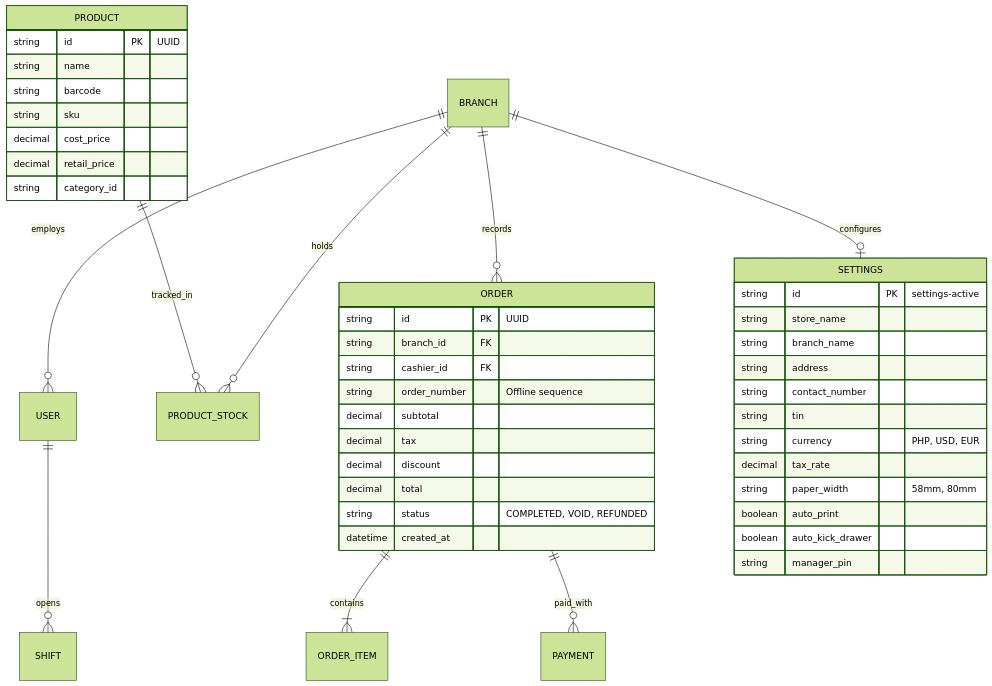
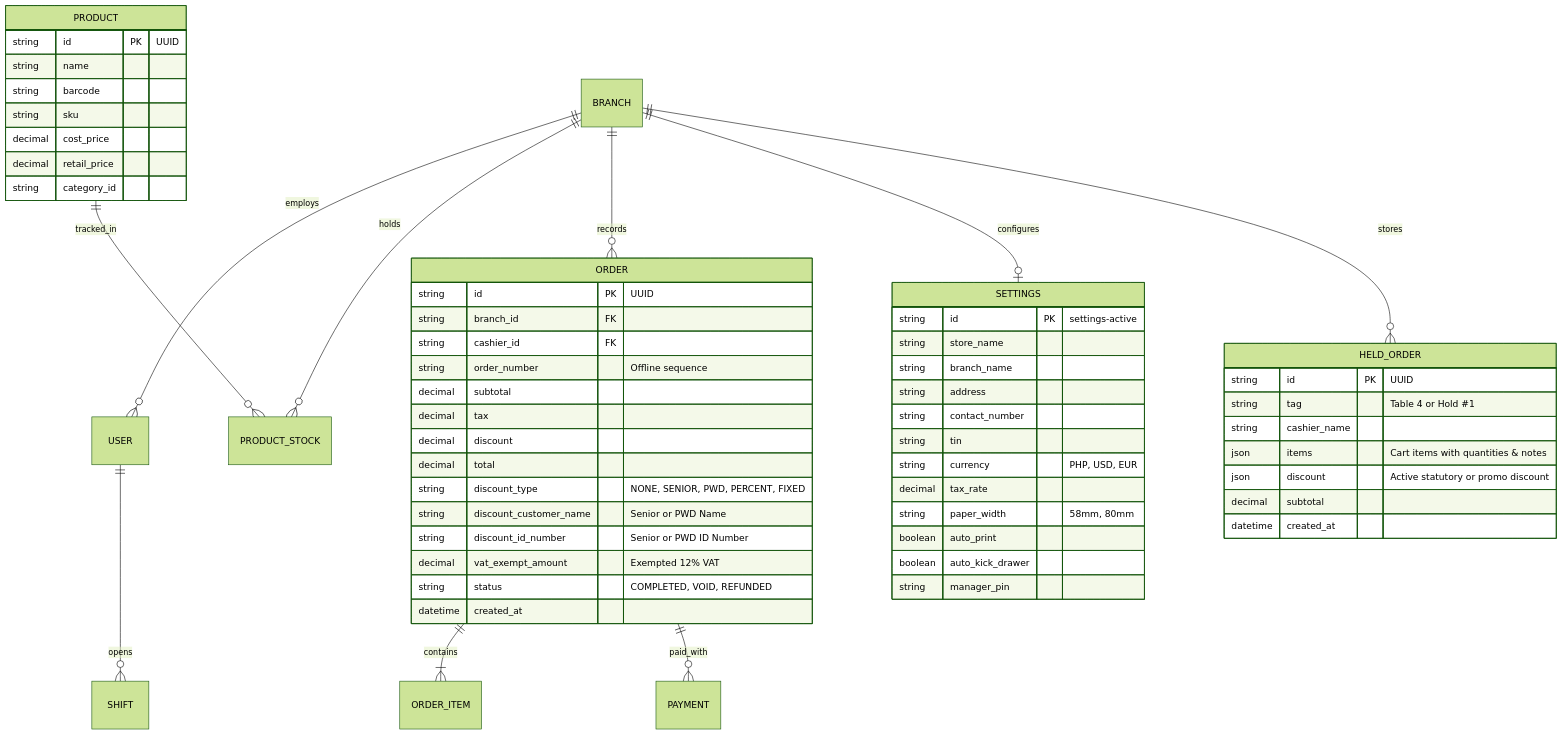
Before and after one commit to Sapinosojpm/POS: the second of 2 diagrams in docs/ARCHITECTURE.md, drawn with Mermaid (forest theme). The commit also changed 15 other files, not shown here.

Commit message:
feat: implement Senior/PWD statutory discounts, BIR thermal receipt printing, and Hold Order parked carts engine

````diff
--- a/docs/ARCHITECTURE.md
+++ b/docs/ARCHITECTURE.md
@@ -103,49 +103,64 @@
 ```mermaid
 erDiagram
     BRANCH ||--o{ USER : employs
     BRANCH ||--o{ PRODUCT_STOCK : holds
     BRANCH ||--o{ ORDER : records
     PRODUCT ||--o{ PRODUCT_STOCK : tracked_in
     ORDER ||--|{ ORDER_ITEM : contains
     ORDER ||--o{ PAYMENT : paid_with
     USER ||--o{ SHIFT : opens
     BRANCH ||--o| SETTINGS : configures
+    BRANCH ||--o{ HELD_ORDER : stores
+
+    HELD_ORDER {
+        string id PK "UUID"
+        string tag "Table 4 or Hold #1"
+        string cashier_name
+        json items "Cart items with quantities & notes"
+        json discount "Active statutory or promo discount"
+        decimal subtotal
+        datetime created_at
+    }
 
     SETTINGS {
         string id PK "settings-active"
         string store_name
         string branch_name
         string address
         string contact_number
         string tin
         string currency "PHP, USD, EUR"
         decimal tax_rate
         string paper_width "58mm, 80mm"
         boolean auto_print
         boolean auto_kick_drawer
         string manager_pin
     }
 
     ORDER {
         string id PK "UUID"
         string branch_id FK
         string cashier_id FK
         string order_number "Offline sequence"
         decimal subtotal
         decimal tax
         decimal discount
         decimal total
+        string discount_type "NONE, SENIOR, PWD, PERCENT, FIXED"
+        string discount_customer_name "Senior or PWD Name"
+        string discount_id_number "Senior or PWD ID Number"
+        decimal vat_exempt_amount "Exempted 12% VAT"
         string status "COMPLETED, VOID, REFUNDED"
         datetime created_at
     }
 
     PRODUCT {
         string id PK "UUID"
         string name
         string barcode
         string sku
         decimal cost_price
         decimal retail_price
         string category_id
     }
 ```
````
